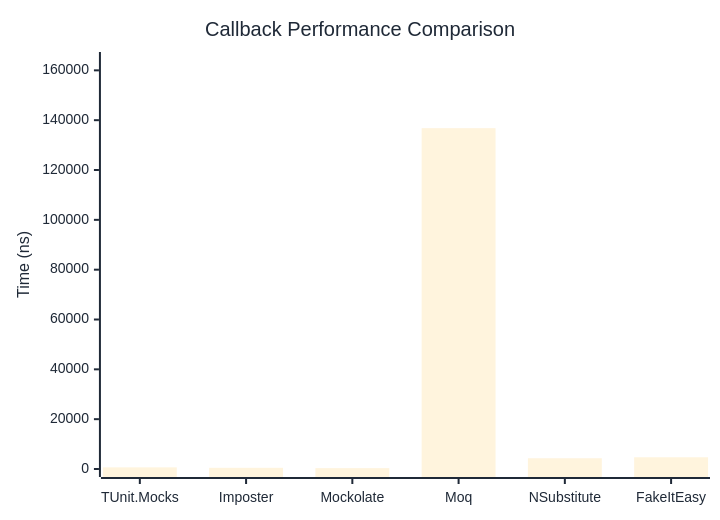
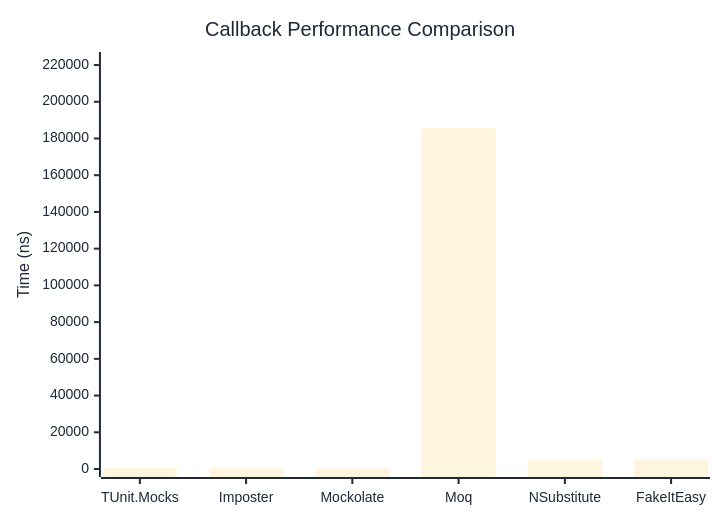
One commit to thomhurst/TUnit changed the first of 2 diagrams in docs/docs/benchmarks/mocks/Callback.md. Above: the diagram before and after it, drawn with Mermaid. The commit also changed other lines of this file and 14 other files, not shown here.

````diff
--- a/docs/docs/benchmarks/mocks/Callback.md
+++ b/docs/docs/benchmarks/mocks/Callback.md
@@ -30,27 +30,27 @@
 ```mermaid
 %%{init: {
   'theme':'base',
   'themeVariables': {
     'primaryColor': '#2563eb',
     'primaryTextColor': '#1f2937',
     'primaryBorderColor': '#1e40af',
     'lineColor': '#6b7280',
     'secondaryColor': '#7c3aed',
     'tertiaryColor': '#dc2626',
     'background': '#ffffff',
     'pie1': '#2563eb',
     'pie2': '#7c3aed',
     'pie3': '#dc2626',
     'pie4': '#f59e0b',
     'pie5': '#10b981',
     'pie6': '#06b6d4',
     'pie7': '#ec4899',
     'pie8': '#6366f1'
   }
 }}%%
 xychart-beta
   title "Callback Performance Comparison"
   x-axis ["TUnit.Mocks", "Imposter", "Mockolate", "Moq", "NSubstitute", "FakeItEasy"]
-  y-axis "Time (ns)" 0 --> 164154
-  bar [663.4, 477.5, 348.5, 136794.3, 4316.6, 4707.9]
+  y-axis "Time (ns)" 0 --> 222752
+  bar [639.9, 447.1, 336.6, 185626.5, 4795.3, 5327.4]
 ```
````
